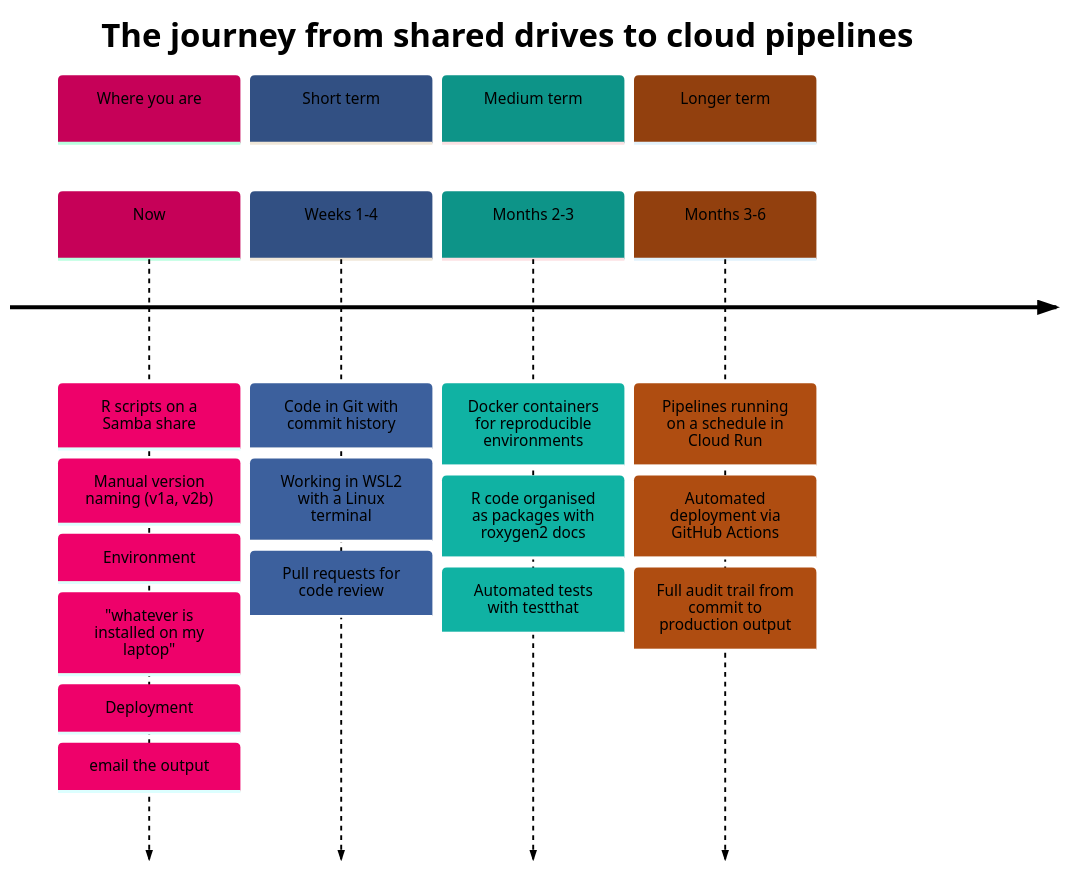
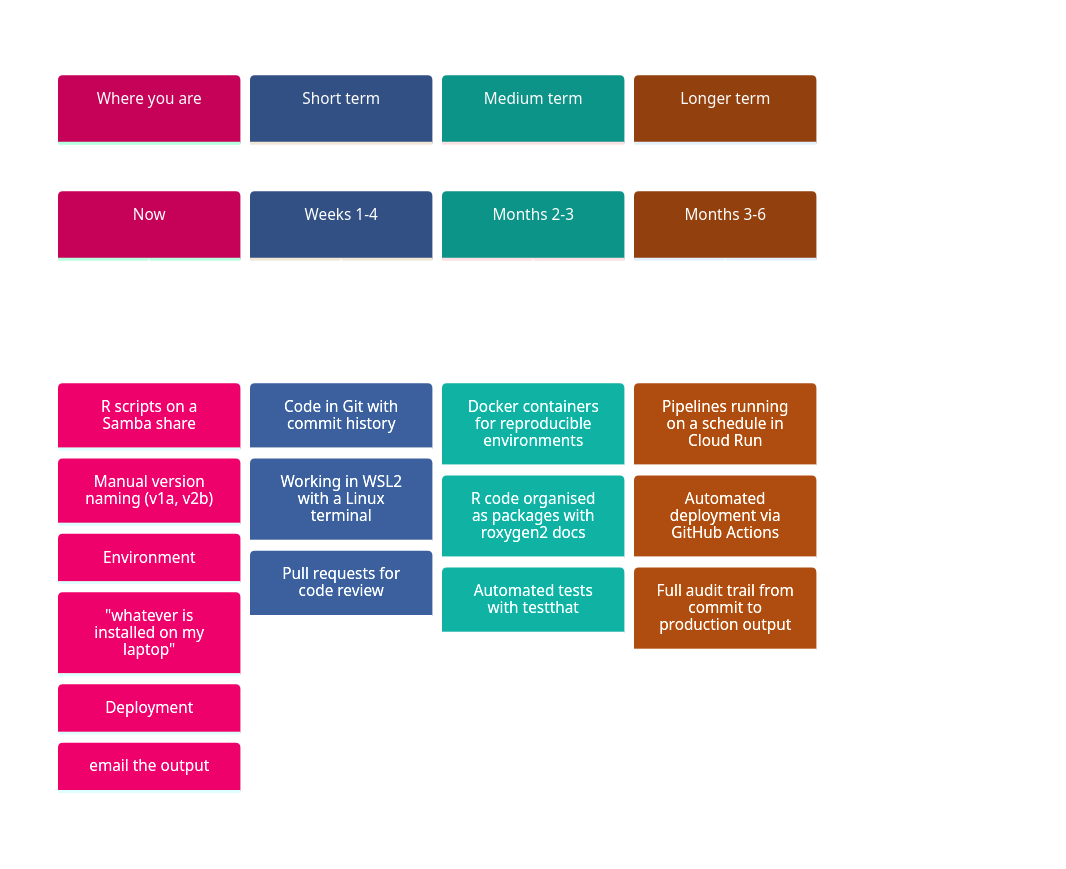
One commit to Ch3w3y/docker_gcp changed the third of 3 diagrams in docs/case-for-change.md. Above: the diagram before and after it, drawn with Mermaid. The commit also changed other lines of this file and 6 other files, not shown here.

````diff
--- a/docs/case-for-change.md
+++ b/docs/case-for-change.md
@@ -159,30 +160,30 @@
 ```mermaid
 %%{init: {'theme': 'base', 'themeVariables': {
   'cScale0': '#c60158',
   'cScale1': '#325083',
   'cScale2': '#0d9488',
   'cScale3': '#92400e',
-  'primaryTextColor': '#000000',
-  'secondaryTextColor': '#000000',
-  'tertiaryTextColor': '#000000'
+  'primaryTextColor': '#ffffff',
+  'secondaryTextColor': '#ffffff',
+  'tertiaryTextColor': '#ffffff'
 }}}%%
 timeline
     title The journey from shared drives to cloud pipelines
     section Where you are
         Now : R scripts on a Samba share
              : Manual version naming (v1a, v2b)
              : Environment: "whatever is installed on my laptop"
              : Deployment: email the output
     section Short term
         Weeks 1-4 : Code in Git with commit history
                   : Working in WSL2 with a Linux terminal
                   : Pull requests for code review
     section Medium term
         Months 2-3 : Docker containers for reproducible environments
                    : R code organised as packages with roxygen2 docs
                    : Automated tests with testthat
     section Longer term
         Months 3-6 : Pipelines running on a schedule in Cloud Run
                    : Automated deployment via GitHub Actions
                    : Full audit trail from commit to production output
 ```
````
